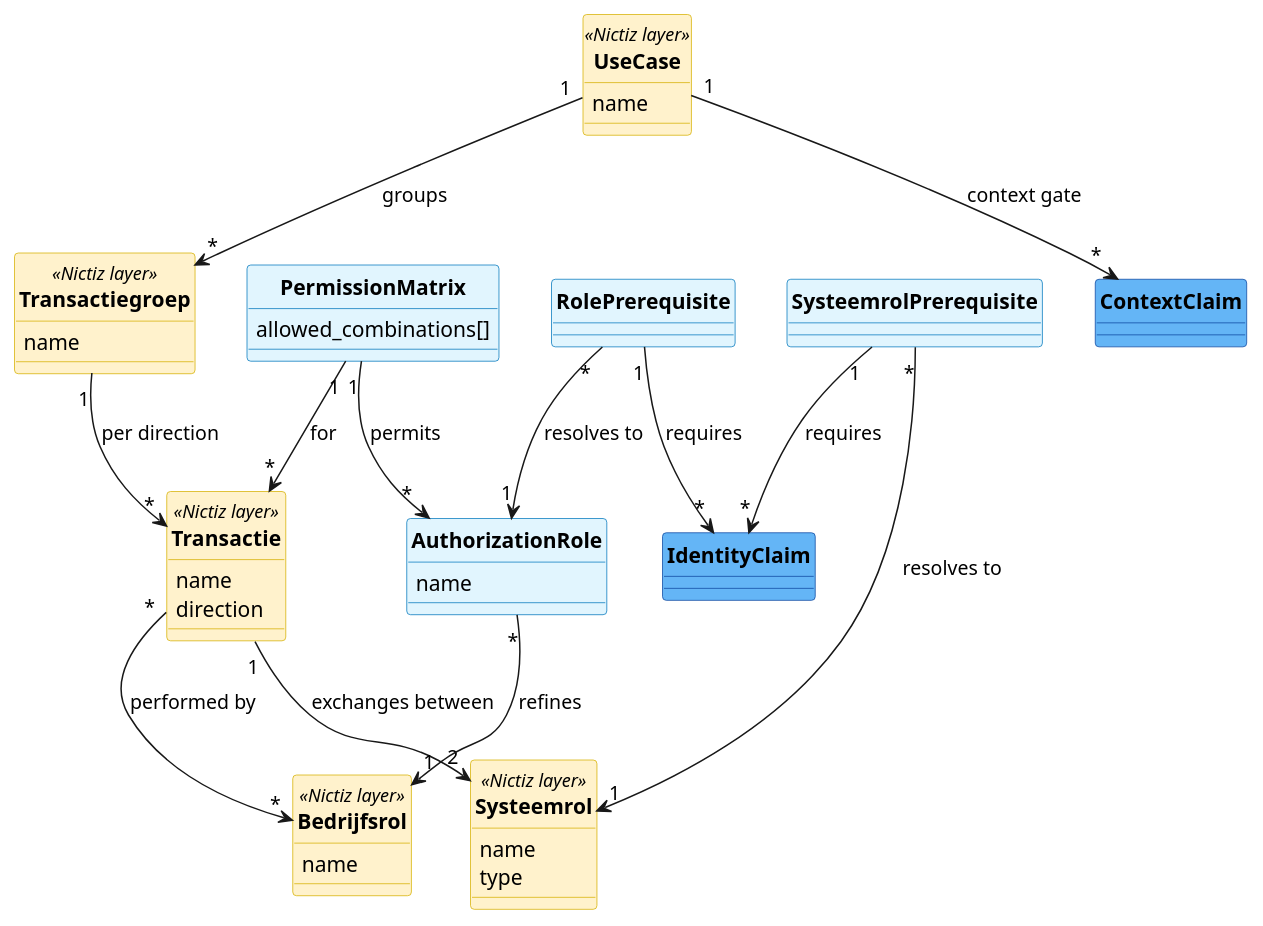
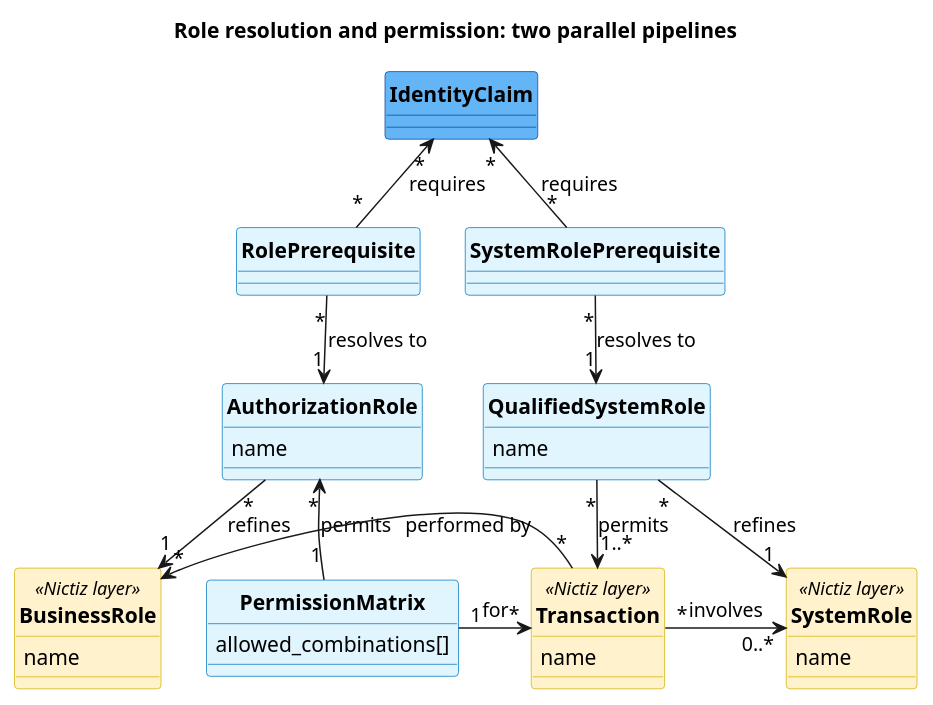
One commit to nuts-foundation/nl-generic-functions-ig changed the diagram in input/images-source/authorization-model-role-resolution.plantuml. Above: the diagram before and after it, drawn with PlantUML. The commit also changed 7 other files, not shown here.

```diff
--- a/input/images-source/authorization-model-role-resolution.plantuml
+++ b/input/images-source/authorization-model-role-resolution.plantuml
@@ -5,64 +5,66 @@
 @startuml authorization-model-role-resolution
 
 skinparam defaultFontName Arial
 skinparam backgroundColor white
 skinparam roundcorner 5
 skinparam classFontStyle bold
 skinparam classBackgroundColor #E1F5FE
 skinparam classBorderColor #0277BD
+skinparam nodesep 30
+skinparam ranksep 40
 hide circle
 
-' === Layer 1 (Nictiz catalogue) - yellow ===
-class UseCase <<Nictiz layer>> #FFF2CC ##D6B000 {
-  name
-}
-class Transactiegroep <<Nictiz layer>> #FFF2CC ##D6B000 {
-  name
-}
-class Transactie <<Nictiz layer>> #FFF2CC ##D6B000 {
-  name
-  direction
-}
-class Bedrijfsrol <<Nictiz layer>> #FFF2CC ##D6B000 {
-  name
-}
-class Systeemrol <<Nictiz layer>> #FFF2CC ##D6B000 {
-  name
-  type
-}
+title Role resolution and permission: two parallel pipelines
 
-' === Layer 2: framework role resolution + policy - blue ===
+' === Shared input: the presented claims (mid-blue) ===
+class IdentityClaim #64B5F6 ##0D47A1
+
+' === Professional pipeline (left) ===
 class RolePrerequisite
 class AuthorizationRole {
   name
 }
 class PermissionMatrix {
   allowed_combinations[]
 }
-class SysteemrolPrerequisite
 
-' === Layer 2: claim vocabulary - mid-blue ===
-class IdentityClaim #64B5F6 ##0D47A1
-class ContextClaim #64B5F6 ##0D47A1
+' === System pipeline (right) ===
+class SystemRolePrerequisite
+class QualifiedSystemRole {
+  name
+}
 
-' === Catalogue: a Transactie belongs to one UseCase; it couples both role kinds ===
-UseCase "1" --> "*" Transactiegroep : groups
-Transactiegroep "1" --> "*" Transactie : per direction
-Transactie "*" --> "*" Bedrijfsrol : performed by
-Transactie "1" --> "2" Systeemrol : exchanges between
-
-' === Use-case context gate (intent: consent, treatment relationship, purpose) ===
-UseCase "1" --> "*" ContextClaim : context gate
+' === Layer 1 (Nictiz catalogue) - yellow ===
+class Transaction <<Nictiz layer>> #FFF2CC ##D6B000 {
+  name
+}
+class BusinessRole <<Nictiz layer>> #FFF2CC ##D6B000 {
+  name
+}
+class SystemRole <<Nictiz layer>> #FFF2CC ##D6B000 {
+  name
+}
 
 ' === Professional side: claims -> RolePrerequisite (OR) -> AuthorizationRole -> matrix ===
+RolePrerequisite "*" -up-> "*" IdentityClaim : requires
 RolePrerequisite "*" --> "1" AuthorizationRole : resolves to
-RolePrerequisite "1" --> "*" IdentityClaim : requires
-AuthorizationRole "*" --> "1" Bedrijfsrol : refines
-PermissionMatrix "1" --> "*" AuthorizationRole : permits
-PermissionMatrix "1" --> "*" Transactie : for
+AuthorizationRole "*" --> "1" BusinessRole : refines
+PermissionMatrix "1" -up-> "*" AuthorizationRole : permits
+PermissionMatrix "1" --> "*" Transaction : for
 
-' === System side: claims -> SysteemrolPrerequisite (OR) -> Systeemrol (no matrix) ===
-SysteemrolPrerequisite "*" --> "1" Systeemrol : resolves to
-SysteemrolPrerequisite "1" --> "*" IdentityClaim : requires
+' === System side: claims -> SystemRolePrerequisite (OR) -> QualifiedSystemRole (no matrix) ===
+SystemRolePrerequisite "*" -up-> "*" IdentityClaim : requires
+SystemRolePrerequisite "*" --> "1" QualifiedSystemRole : resolves to
+QualifiedSystemRole "*" --> "1" SystemRole : refines
+QualifiedSystemRole "*" --> "1..*" Transaction : permits
+
+' === Catalogue coupling at the bottom ===
+Transaction "*" -left-> "*" BusinessRole : performed by
+Transaction "*" -right-> "0..*" SystemRole : involves
+
+' === Layout: two columns meeting at Transaction (hidden, no semantics) ===
+RolePrerequisite -[hidden]right- SystemRolePrerequisite
+AuthorizationRole -[hidden]right- QualifiedSystemRole
+PermissionMatrix -[hidden]right- Transaction
 
 @enduml
```
